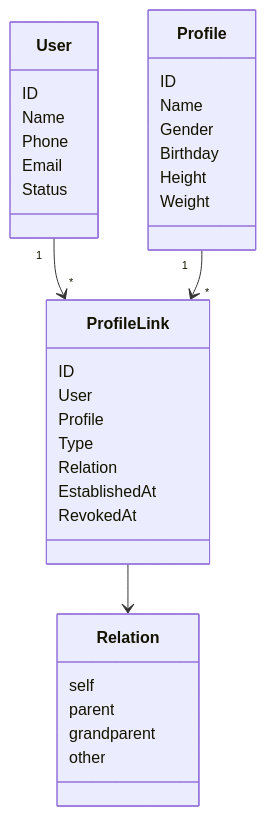
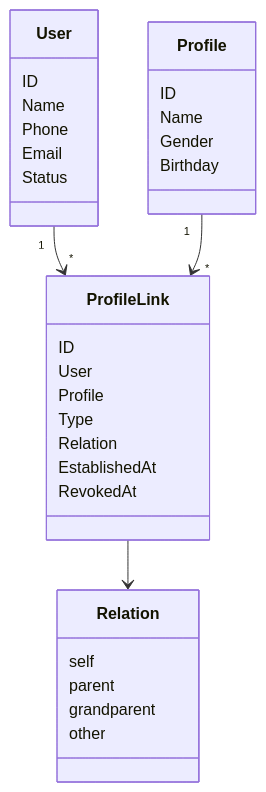
One commit to FangcunMount/iam changed the first of 5 diagrams in docs/_archive/02-业务域/03-user-用户&儿童&ProfileLink.md. Above: the diagram before and after it, drawn with Mermaid. The commit also changed other lines of this file and 65 other files, not shown here.

````diff
--- a/docs/_archive/02-业务域/03-user-用户&儿童&ProfileLink.md
+++ b/docs/_archive/02-业务域/03-user-用户&儿童&ProfileLink.md
@@ -18,37 +18,35 @@
 ```mermaid
 classDiagram
     class User {
       ID
       Name
       Phone
       Email
       Status
     }
     class Profile {
       ID
       Name
       Gender
       Birthday
-      Height
-      Weight
     }
     class ProfileLink {
       ID
       User
       Profile
       Type
       Relation
       EstablishedAt
       RevokedAt
     }
     class Relation {
       self
       parent
       grandparent
       other
     }
 
     User "1" --> "*" ProfileLink
     Profile "1" --> "*" ProfileLink
     ProfileLink --> Relation
 ```
````
